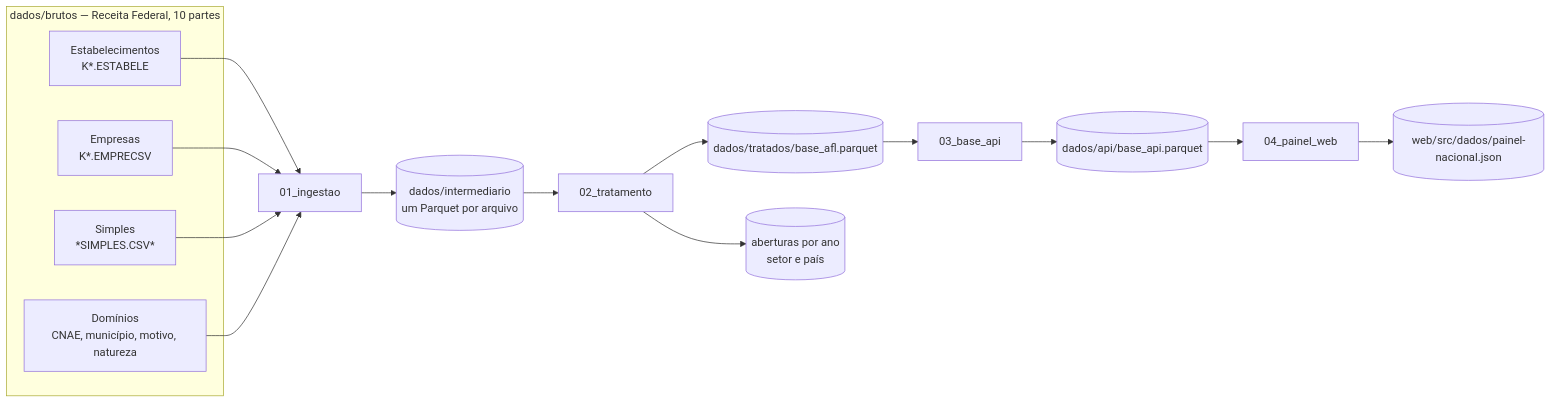
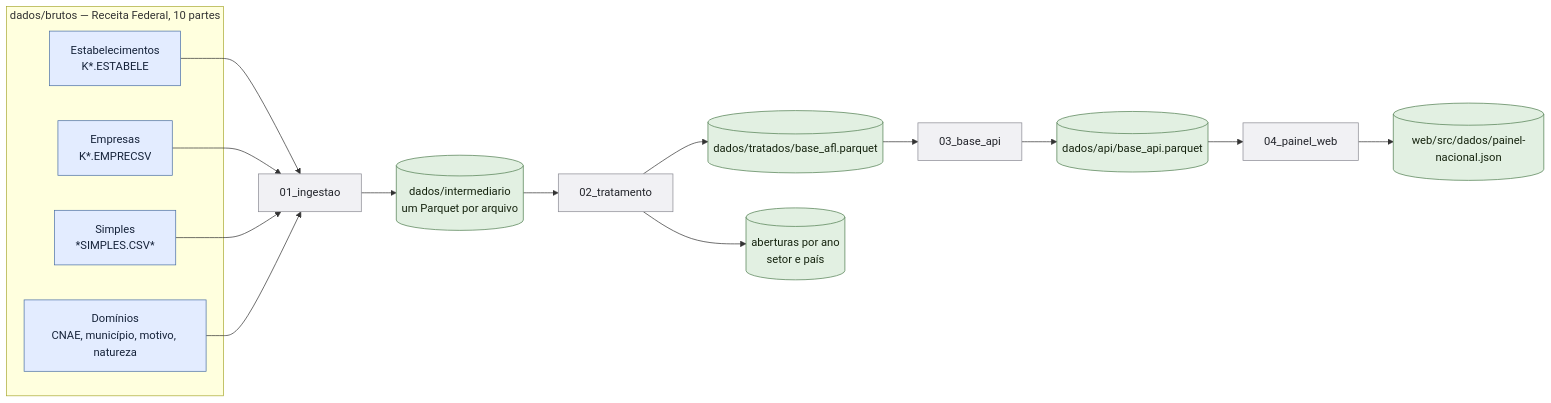
The first of 2 diagrams in docs/arquitetura.md (christiano-gonara/cnpj-alimentacao), drawn with Mermaid before and after one commit. The commit also changed other lines of this file, not shown here.

Commit message:
docs: cores nos dois diagramas da arquitetura
Cada cor diz uma coisa só: azul para o que vem da Receita, cinza para o
script, verde para o arquivo gerado. No segundo, verde é o caminho sem
API e azul o que passa pela API.

Todo classDef define fill e color juntos: o GitHub troca de tema conforme
o sistema, e fill sem color fica ilegível no escuro.

````diff
--- a/docs/arquitetura.md
+++ b/docs/arquitetura.md
@@ -7,22 +7,29 @@
 ```mermaid
 flowchart LR
     subgraph BRUTOS["dados/brutos — Receita Federal, 10 partes"]
         E["Estabelecimentos<br/>K*.ESTABELE"]
         M["Empresas<br/>K*.EMPRECSV"]
         S["Simples<br/>*SIMPLES.CSV*"]
         D["Domínios<br/>CNAE, município, motivo, natureza"]
     end
 
     E --> I["01_ingestao"]
     M --> I
     S --> I
     D --> I
     I --> INT[("dados/intermediario<br/>um Parquet por arquivo")]
     INT --> T["02_tratamento"]
     T --> B[("dados/tratados/base_afl.parquet")]
     T --> C[("aberturas por ano<br/>setor e país")]
     B --> A["03_base_api"]
     A --> API[("dados/api/base_api.parquet")]
     API --> P["04_painel_web"]
     P --> J[("web/src/dados/painel-nacional.json")]
+
+    classDef bruto fill:#e3ecff,stroke:#4a6fa5,color:#16233a
+    classDef script fill:#f1f1f4,stroke:#8a8a93,color:#22242a
+    classDef arquivo fill:#e2f0e2,stroke:#4f7d4f,color:#16240f
+    class E,M,S,D bruto
+    class I,A,T,P script
+    class INT,B,C,API,J arquivo
 ```
````
